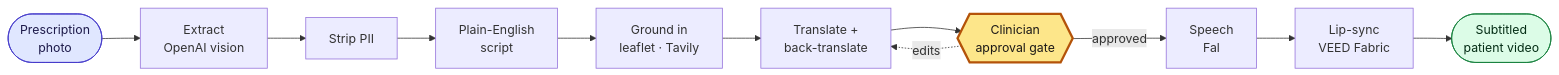
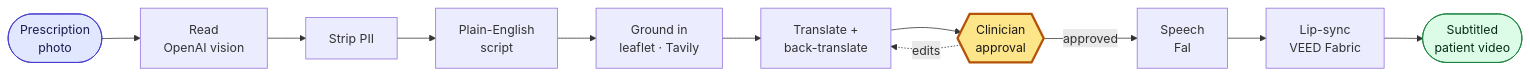
One commit to shawn-d123/MedLingo changed the diagram in README.md. Above: the diagram before and after it, drawn with Mermaid. The commit also changed other lines of this file, not shown here.

````diff
--- a/README.md
+++ b/README.md
@@ -32,17 +35,17 @@
 ```mermaid
 flowchart LR
-    A([Prescription<br/>photo]) --> B[Extract<br/>OpenAI vision]
+    A([Prescription<br/>photo]) --> B[Read<br/>OpenAI vision]
     B --> C[Strip PII]
     C --> D[Plain-English<br/>script]
     D --> E[Ground in<br/>leaflet · Tavily]
     E --> F[Translate +<br/>back-translate]
-    F --> G{{Clinician<br/>approval gate}}
+    F --> G{{Clinician<br/>approval}}
     G -->|approved| H[Speech<br/>Fal]
     H --> I[Lip-sync<br/>VEED Fabric]
     I --> J([Subtitled<br/>patient video])
     G -.->|edits| F
 
     style G fill:#fde68a,stroke:#b45309,stroke-width:3px,color:#1c1917
     style A fill:#e0e7ff,stroke:#4338ca,color:#1e1b4b
     style J fill:#dcfce7,stroke:#15803d,color:#052e16
 ```
````
